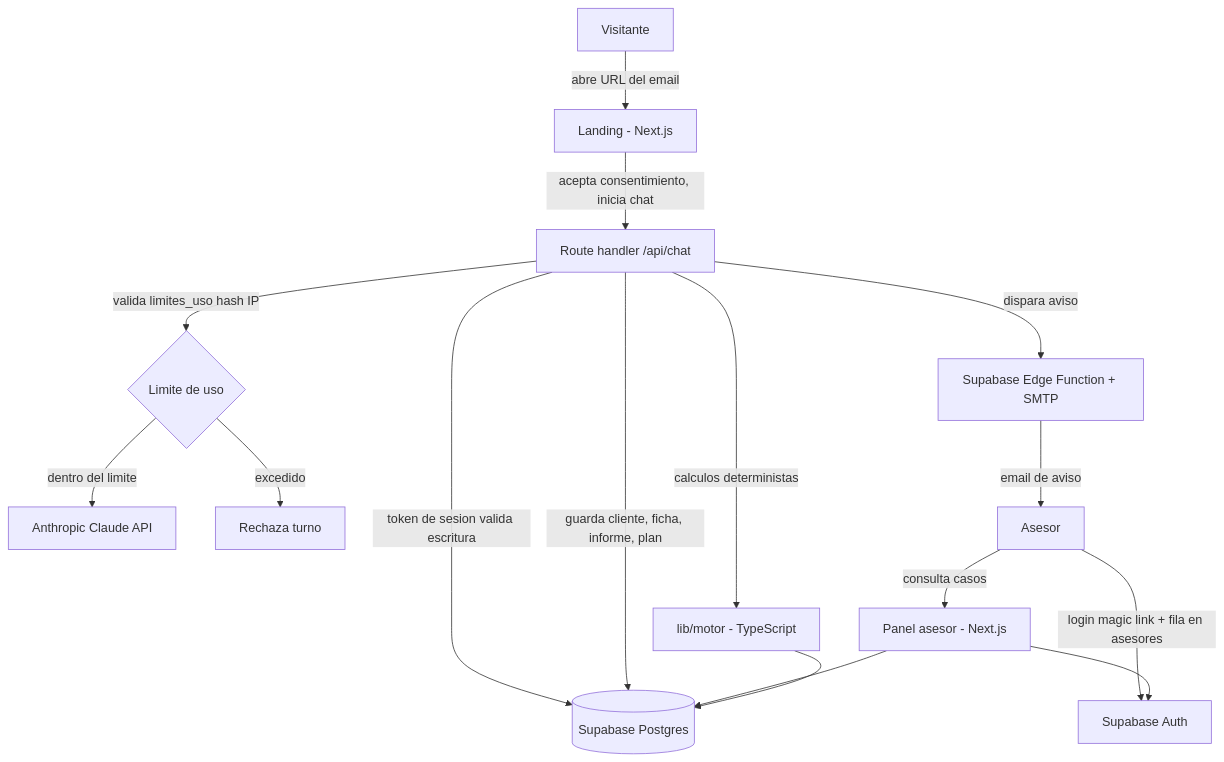
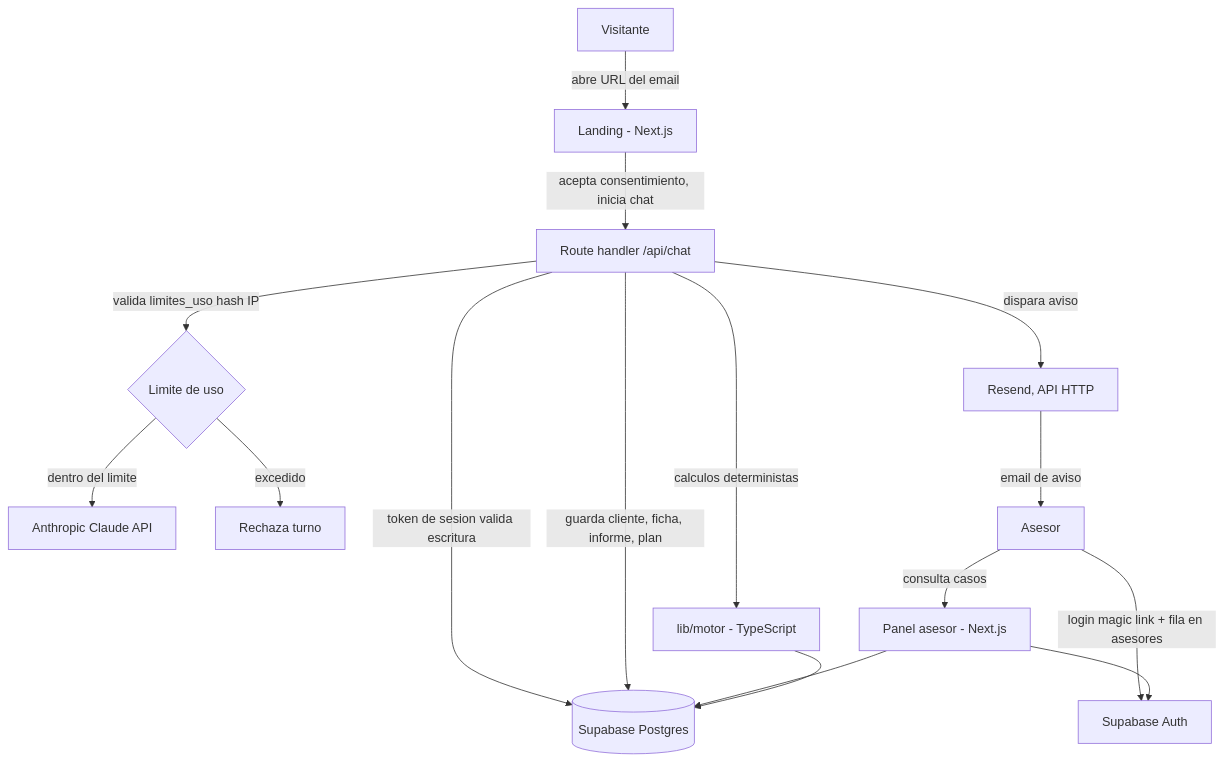
Before and after one commit to PuenteDigitalEu/financiero-clase: the diagram in docs/architecture.md, drawn with Mermaid. The commit also changed other lines of this file and 10 other files, not shown here.

First line of the commit message:
Añade el aviso automático al asesor por email (M-05)

````diff
--- a/docs/architecture.md
+++ b/docs/architecture.md
@@ -40,18 +44,18 @@
 ```mermaid
 graph TD
   Visitor[Visitante] -->|abre URL del email| Landing[Landing - Next.js]
   Landing -->|acepta consentimiento, inicia chat| ChatAPI[Route handler /api/chat]
   ChatAPI -->|valida limites_uso hash IP| RateLimit{Limite de uso}
   RateLimit -->|dentro del limite| Claude[Anthropic Claude API]
   RateLimit -->|excedido| Rechazo[Rechaza turno]
   ChatAPI -->|token de sesion valida escritura| DB[(Supabase Postgres)]
   ChatAPI -->|guarda cliente, ficha, informe, plan| DB
-  ChatAPI -->|dispara aviso| EmailFn[Supabase Edge Function + SMTP]
+  ChatAPI -->|dispara aviso| EmailFn[Resend, API HTTP]
   EmailFn -->|email de aviso| Advisor[Asesor]
   Advisor -->|login magic link + fila en asesores| AuthSB[Supabase Auth]
   Advisor -->|consulta casos| Panel[Panel asesor - Next.js]
   Panel --> AuthSB
   Panel --> DB
   ChatAPI -->|calculos deterministas| Motor[lib/motor - TypeScript]
   Motor --> DB
 ```
````
